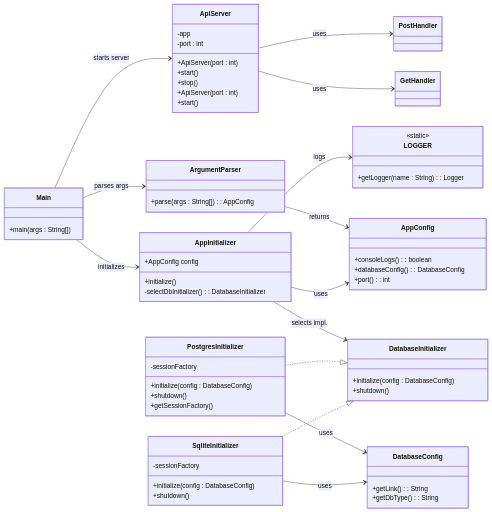
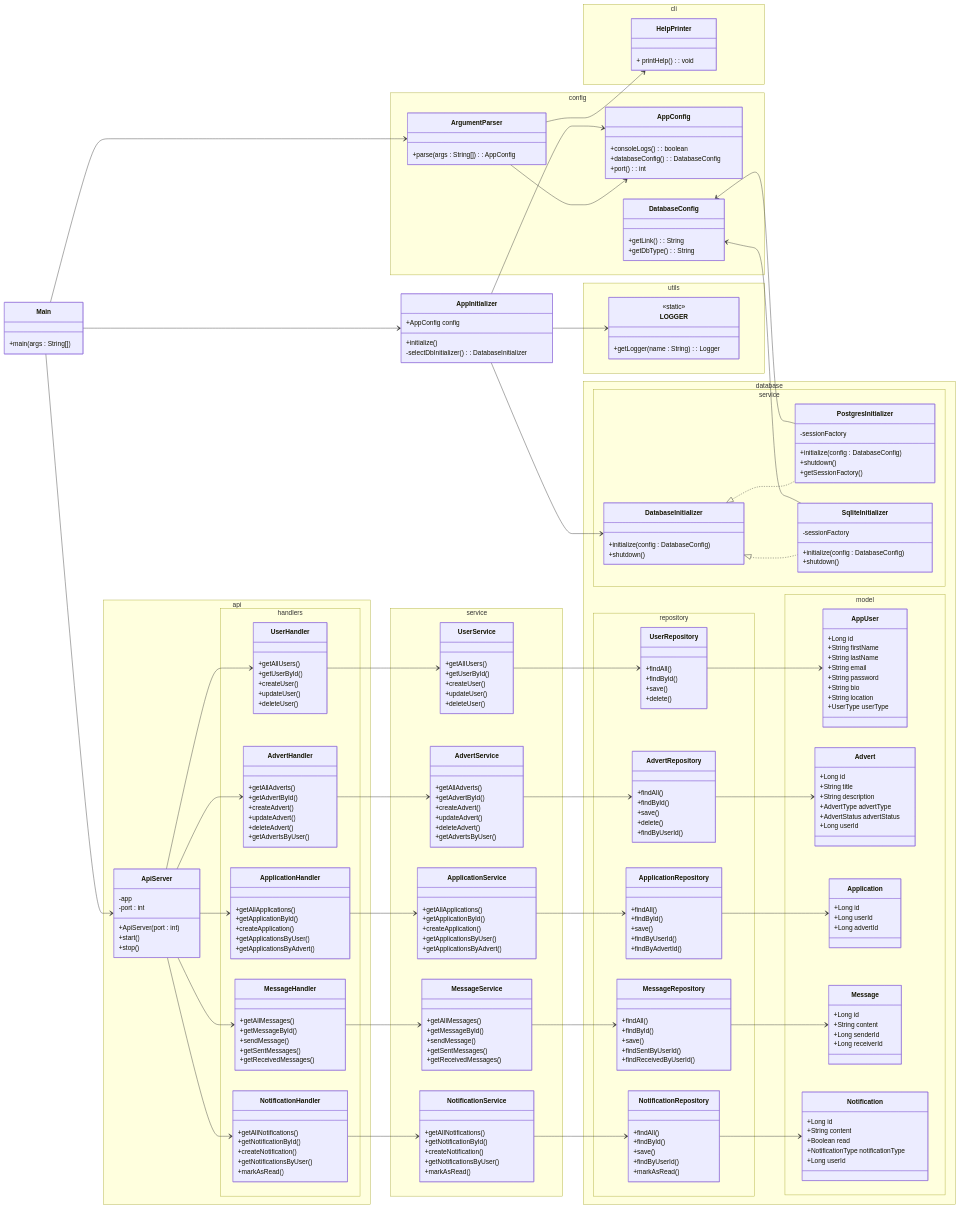
Before and after one commit to Dibeo/projet-gl-m1-ti-2025: the diagram in Doc/Serveur.md, drawn with Mermaid. The commit also changed 11 other files, not shown here.

````diff
--- a/Doc/Serveur.md
+++ b/Doc/Serveur.md
@@ -1,12 +1,18 @@
 ```mermaid
-
 classDiagram
 direction LR
 
-    class Main {
-        +main(args : String[])
-    }
+class Main {
+    +main(args : String[])
+}
 
+class AppInitializer {
+    +AppConfig config
+    +initialize()
+    -selectDbInitializer() : DatabaseInitializer
+}
+
+namespace api {
     class ApiServer {
         -app
         -port : int
@@ -14,14 +20,60 @@
         +start()
         +stop()
     }
+}
 
+namespace api.handlers {
+    class UserHandler {
+        +getAllUsers()
+        +getUserById()
+        +createUser()
+        +updateUser()
+        +deleteUser()
+    }
+
+    class AdvertHandler {
+        +getAllAdverts()
+        +getAdvertById()
+        +createAdvert()
+        +updateAdvert()
+        +deleteAdvert()
+        +getAdvertsByUser()
+    }
+
+    class ApplicationHandler {
+        +getAllApplications()
+        +getApplicationById()
+        +createApplication()
+        +getApplicationsByUser()
+        +getApplicationsByAdvert()
+    }
+
+    class MessageHandler {
+        +getAllMessages()
+        +getMessageById()
+        +sendMessage()
+        +getSentMessages()
+        +getReceivedMessages()
+    }
+
+    class NotificationHandler {
+        +getAllNotifications()
+        +getNotificationById()
+        +createNotification()
+        +getNotificationsByUser()
+        +markAsRead()
+    }
+}
+
+namespace cli {
+    class HelpPrinter {
+        + printHelp() : void
+    }
+}
+
+namespace config {
     class ArgumentParser {
         +parse(args : String[]) : AppConfig
-    }
-
-    class ApiServer {
-        +ApiServer(port : int)
-        +start()
     }
 
     class AppConfig {
@@ -34,19 +86,16 @@
         +getLink() : String
         +getDbType() : String
     }
+}
 
-    class AppInitializer {
-        +AppConfig config
-        +initialize()
-        -selectDbInitializer() : DatabaseInitializer
-    }
-
-    %% Logger statique
+namespace utils {
     class LOGGER {
         <<static>>
         +getLogger(name : String) : Logger
     }
+}
 
+namespace database.service {
     class DatabaseInitializer {
         +initialize(config : DatabaseConfig)
         +shutdown()
@@ -64,23 +113,176 @@
         +initialize(config : DatabaseConfig)
         +shutdown()
     }
+}
 
-    Main --> ArgumentParser : parses args
-    ArgumentParser --> AppConfig : returns
-    Main --> AppInitializer : initializes
-    Main --> ApiServer : starts server
+namespace database.model {
+    class AppUser {
+        +Long id
+        +String firstName
+        +String lastName
+        +String email
+        +String password
+        +String bio
+        +String location
+        +UserType userType
+    }
 
-    AppInitializer --> AppConfig : uses
-    AppInitializer --> DatabaseInitializer : selects impl.
-    AppInitializer --> LOGGER : logs
+    class Advert {
+        +Long id
+        +String title
+        +String description
+        +AdvertType advertType
+        +AdvertStatus advertStatus
+        +Long userId
+    }
 
-    PostgresInitializer ..|> DatabaseInitializer
-    SqliteInitializer ..|> DatabaseInitializer
+    class Application {
+        +Long id
+        +Long userId
+        +Long advertId
+    }
 
-    PostgresInitializer --> DatabaseConfig : uses
-    SqliteInitializer --> DatabaseConfig : uses
+    class Message {
+        +Long id
+        +String content
+        +Long senderId
+        +Long receiverId
+    }
 
-    ApiServer --> GetHandler : uses
-    ApiServer --> PostHandler : uses
+    class Notification {
+        +Long id
+        +String content
+        +Boolean read
+        +NotificationType notificationType
+        +Long userId
+    }
+}
+
+namespace database.repository {
+    class UserRepository {
+        +findAll()
+        +findById()
+        +save()
+        +delete()
+    }
+
+    class AdvertRepository {
+        +findAll()
+        +findById()
+        +save()
+        +delete()
+        +findByUserId()
+    }
+
+    class ApplicationRepository {
+        +findAll()
+        +findById()
+        +save()
+        +findByUserId()
+        +findByAdvertId()
+    }
+
+    class MessageRepository {
+        +findAll()
+        +findById()
+        +save()
+        +findSentByUserId()
+        +findReceivedByUserId()
+    }
+
+    class NotificationRepository {
+        +findAll()
+        +findById()
+        +save()
+        +findByUserId()
+        +markAsRead()
+    }
+}
+
+namespace service {
+    class UserService {
+        +getAllUsers()
+        +getUserById()
+        +createUser()
+        +updateUser()
+        +deleteUser()
+    }
+
+    class AdvertService {
+        +getAllAdverts()
+        +getAdvertById()
+        +createAdvert()
+        +updateAdvert()
+        +deleteAdvert()
+        +getAdvertsByUser()
+    }
+
+    class ApplicationService {
+        +getAllApplications()
+        +getApplicationById()
+        +createApplication()
+        +getApplicationsByUser()
+        +getApplicationsByAdvert()
+    }
+
+    class MessageService {
+        +getAllMessages()
+        +getMessageById()
+        +sendMessage()
+        +getSentMessages()
+        +getReceivedMessages()
+    }
+
+    class NotificationService {
+        +getAllNotifications()
+        +getNotificationById()
+        +createNotification()
+        +getNotificationsByUser()
+        +markAsRead()
+    }
+}
+
+Main --> ArgumentParser
+ArgumentParser --> AppConfig
+ArgumentParser --> HelpPrinter
+Main --> AppInitializer
+Main --> ApiServer
+
+AppInitializer --> AppConfig
+AppInitializer --> DatabaseInitializer
+AppInitializer --> LOGGER
+
+DatabaseInitializer <|.. PostgresInitializer
+DatabaseInitializer <|.. SqliteInitializer
+
+DatabaseConfig <-- PostgresInitializer
+DatabaseConfig <-- SqliteInitializer
+
+ApiServer --> UserHandler
+ApiServer --> AdvertHandler
+ApiServer --> ApplicationHandler
+ApiServer --> NotificationHandler
+ApiServer --> MessageHandler
+
+UserHandler --> UserService
+UserService --> UserRepository
+
+AdvertHandler --> AdvertService
+AdvertService --> AdvertRepository
+
+ApplicationHandler --> ApplicationService
+ApplicationService --> ApplicationRepository
+
+MessageHandler --> MessageService
+MessageService --> MessageRepository
+
+NotificationHandler --> NotificationService
+NotificationService --> NotificationRepository
+
+UserRepository --> AppUser
+AdvertRepository --> Advert
+ApplicationRepository --> Application
+MessageRepository --> Message
+NotificationRepository --> Notification
 
 ```
````
